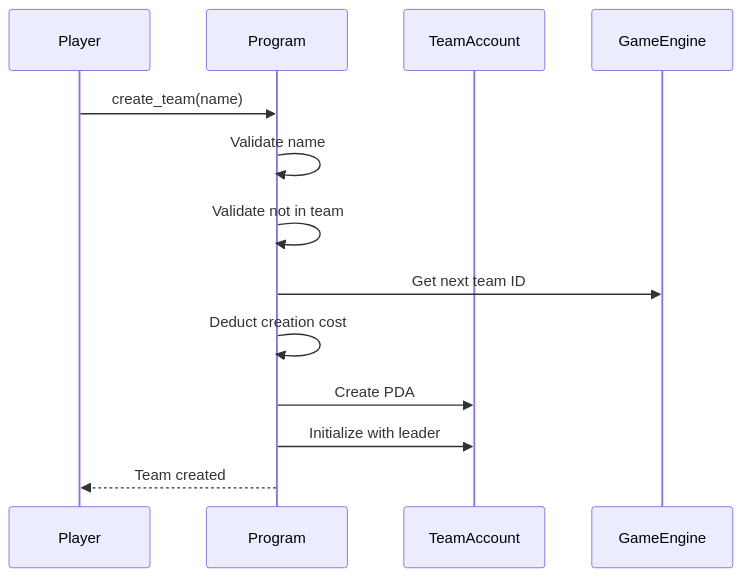
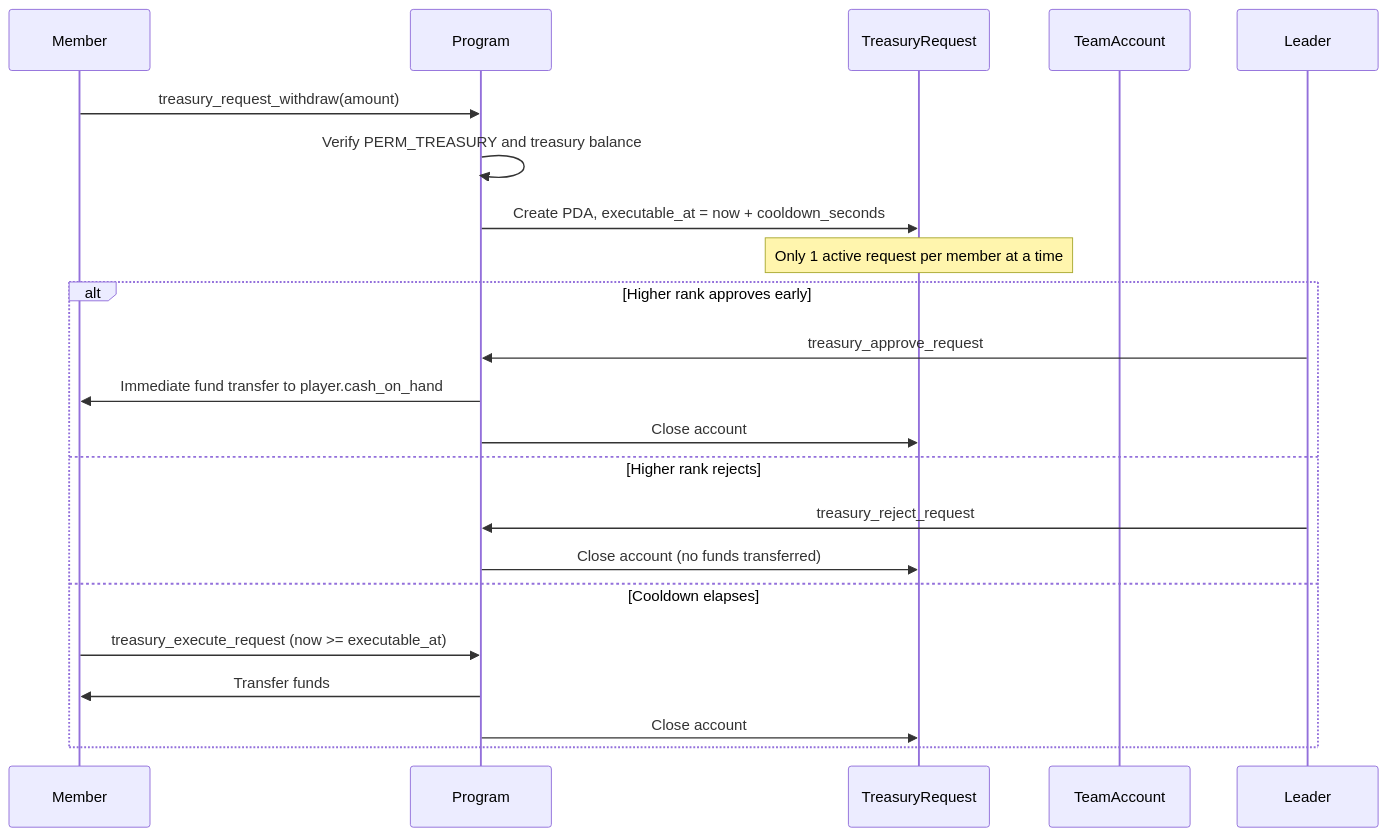
One commit to crypt0miester/novus-mundus changed the fifth of 6 diagrams in docs/onchain/04-systems/teams.md. Above: the diagram before and after it, drawn with Mermaid. The commit also changed other lines of this file and 259 other files, not shown here.

Commit message:
Add player journey game plan: narrative arc, the Steward, estate redesign and Market unbundling

````diff
--- a/docs/onchain/04-systems/teams.md
+++ b/docs/onchain/04-systems/teams.md
@@ -79,16 +191,25 @@
 ```mermaid
 sequenceDiagram
-    participant Player
+    participant Member
     participant Program
+    participant TreasuryRequest
     participant TeamAccount
-    participant GameEngine
 
-    Player->>Program: create_team(name)
-    Program->>Program: Validate name
-    Program->>Program: Validate not in team
-    Program->>GameEngine: Get next team ID
-    Program->>Program: Deduct creation cost
-    Program->>TeamAccount: Create PDA
-    Program->>TeamAccount: Initialize with leader
-    Program-->>Player: Team created
+    Member->>Program: treasury_request_withdraw(amount)
+    Program->>Program: Verify PERM_TREASURY and treasury balance
+    Program->>TreasuryRequest: Create PDA, executable_at = now + cooldown_seconds
+    Note over TreasuryRequest: Only 1 active request per member at a time
+
+    alt Higher rank approves early
+        Leader->>Program: treasury_approve_request
+        Program->>Member: Immediate fund transfer to player.cash_on_hand
+        Program->>TreasuryRequest: Close account
+    else Higher rank rejects
+        Leader->>Program: treasury_reject_request
+        Program->>TreasuryRequest: Close account (no funds transferred)
+    else Cooldown elapses
+        Member->>Program: treasury_execute_request (now >= executable_at)
+        Program->>Member: Transfer funds
+        Program->>TreasuryRequest: Close account
+    end
 ```
````
